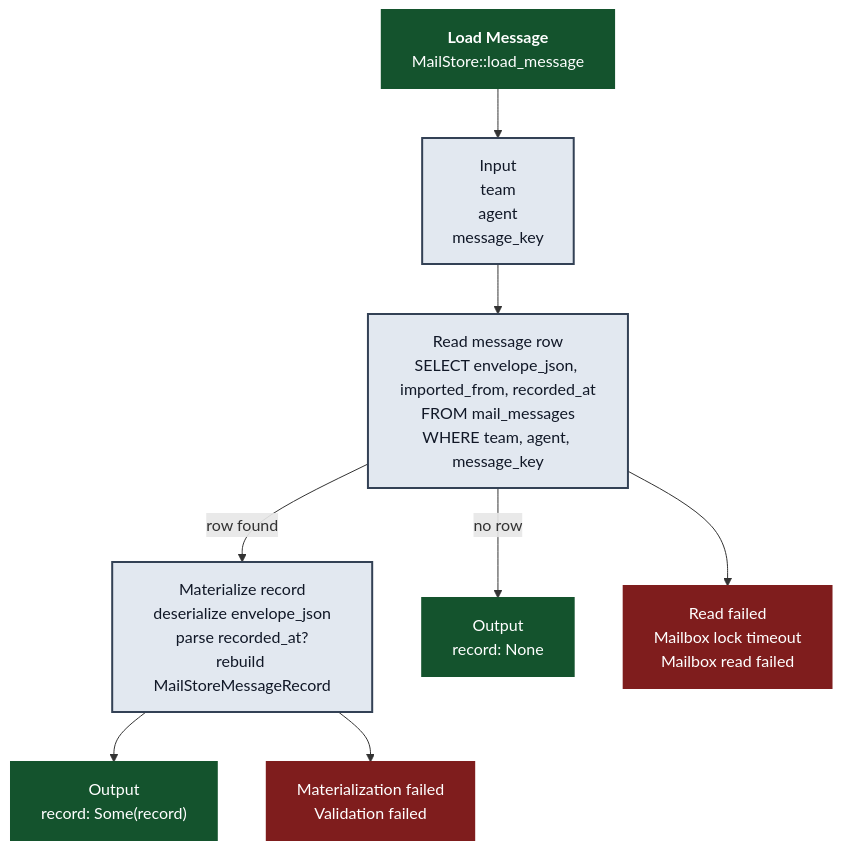
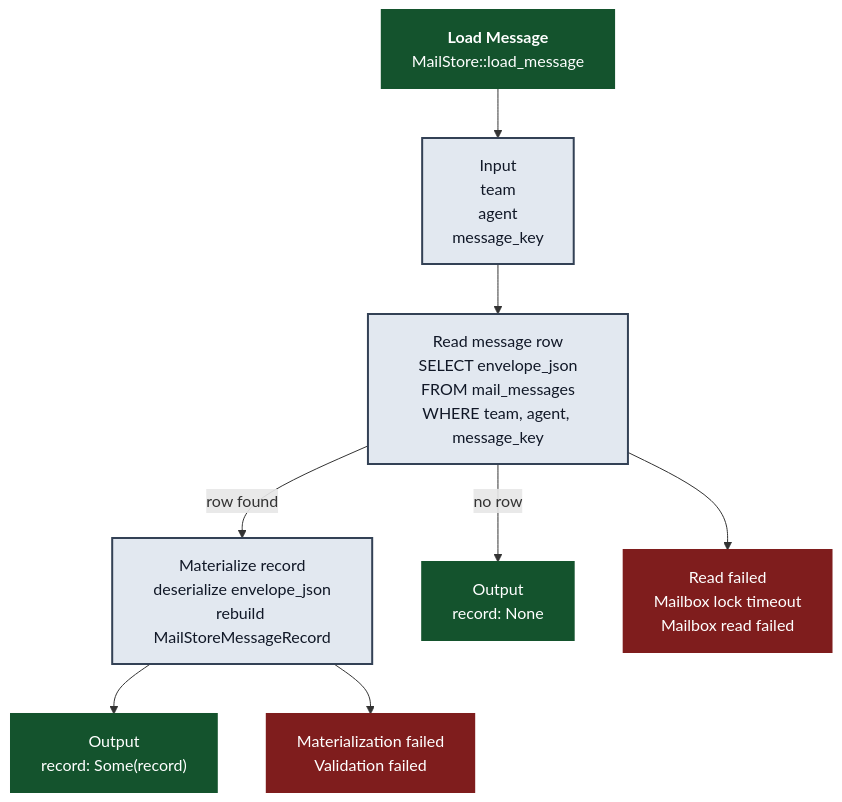
The diagram in docs/atm-rusqlite/sql_load-message.mmd (randlee/atm-core), drawn with Mermaid before and after one commit. The commit also changed 29 other files, not shown here.

```diff
--- a/docs/atm-rusqlite/sql_load-message.mmd
+++ b/docs/atm-rusqlite/sql_load-message.mmd
@@ -1,38 +1,37 @@
 %% title: `Load Message`
 %% summary: SQLite boundary method `MailStore::load_message`.
-%% commentary: This SQL-boundary path shows the direct immutable-row load. It currently reads only `mail_messages`, rebuilds one `MailStoreMessageRecord`, and returns `None` when no row exists.
+%% commentary: This SQL-boundary path shows the direct immutable-row load. It reads only `mail_messages`, rebuilds one `MailStoreMessageRecord` from the stored envelope, and returns `None` when no row exists.
 %% read_tables: mail_messages
 %% write_tables:
 %% notes: reads: 1 | writes: 0 | joins: 0 | transactions: 0
 %% sets: query
 flowchart TD
     A["<b>Load Message</b><br/>MailStore::load_message"]
     A --> I["Input
 team
 agent
 message_key"]
     I --> R["Read message row
-SELECT envelope_json, imported_from, recorded_at
+SELECT envelope_json
 FROM mail_messages
 WHERE team, agent, message_key"]
     R -->|row found| M["Materialize record
 deserialize envelope_json
-parse recorded_at?
 rebuild MailStoreMessageRecord"]
     R -->|no row| O0["Output
 record: None"]
     M --> O1["Output
 record: Some(record)"]
     R --> ER["Read failed
 Mailbox lock timeout
 Mailbox read failed"]
     M --> EM["Materialization failed
 Validation failed"]
 
     classDef happy fill:#14532d,color:#ffffff,stroke:#14532d,stroke-width:2px;
     classDef error fill:#7f1d1d,color:#ffffff,stroke:#7f1d1d,stroke-width:2px;
     classDef neutral fill:#e2e8f0,color:#111827,stroke:#334155,stroke-width:2px;
 
     class A,O0,O1 happy;
     class ER,EM error;
     class I,R,M neutral;
```
